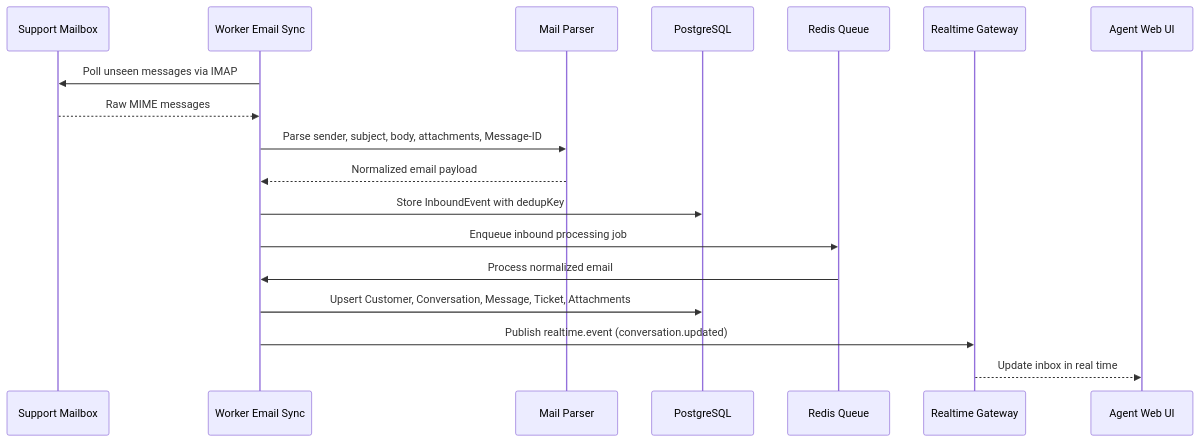
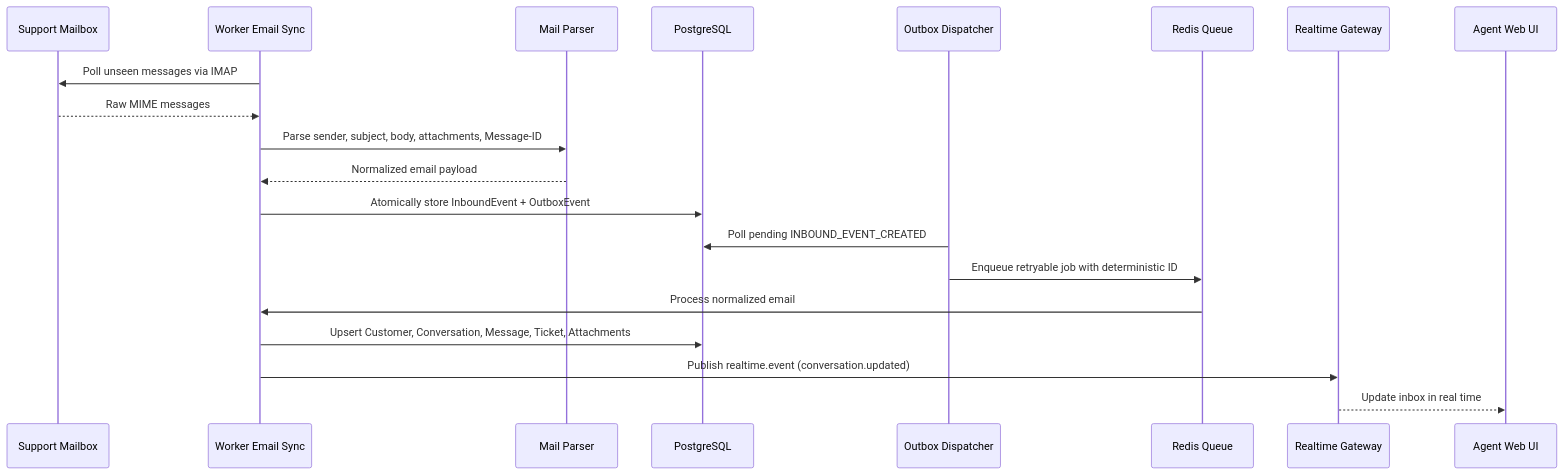
The third of 6 diagrams in README.md (tbnguyen274/omnidesk), drawn with Mermaid before and after one commit. The commit also changed 2 other files, not shown here.

Commit message:
feat(worker): add transactional outbox for IMAP inbound

````diff
--- a/README.md
+++ b/README.md
@@ -106,21 +106,23 @@
 ```mermaid
 sequenceDiagram
     participant Mailbox as Support Mailbox
     participant Worker as Worker Email Sync
     participant Parser as Mail Parser
     participant DB as PostgreSQL
+    participant Outbox as Outbox Dispatcher
     participant Q as Redis Queue
     participant WS as Realtime Gateway
     participant Web as Agent Web UI
 
     Worker->>Mailbox: Poll unseen messages via IMAP
     Mailbox-->>Worker: Raw MIME messages
     Worker->>Parser: Parse sender, subject, body, attachments, Message-ID
     Parser-->>Worker: Normalized email payload
-    Worker->>DB: Store InboundEvent with dedupKey
-    Worker->>Q: Enqueue inbound processing job
+    Worker->>DB: Atomically store InboundEvent + OutboxEvent
+    Outbox->>DB: Poll pending INBOUND_EVENT_CREATED
+    Outbox->>Q: Enqueue retryable job with deterministic ID
     Q->>Worker: Process normalized email
     Worker->>DB: Upsert Customer, Conversation, Message, Ticket, Attachments
     Worker->>WS: Publish realtime.event (conversation.updated)
     WS-->>Web: Update inbox in real time
 ```
````
